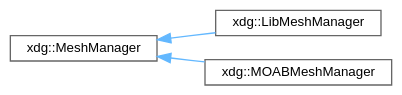
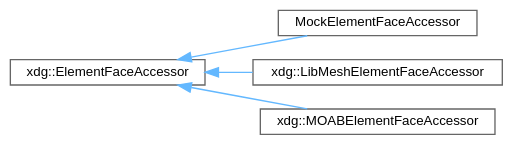
One commit to xdg-org/xdg changed the diagram in inherit_graph_8.dot. Above: the diagram before and after it, drawn with Graphviz. The commit also changed 83 other files, not shown here.

```diff
--- a/inherit_graph_8.dot
+++ b/inherit_graph_8.dot
@@ -1,13 +1,15 @@
 digraph "Graphical Class Hierarchy"
 {
  // LATEX_PDF_SIZE
   bgcolor="transparent";
   edge [fontname=Helvetica,fontsize=10,labelfontname=Helvetica,labelfontsize=10];
   node [fontname=Helvetica,fontsize=10,shape=box,height=0.2,width=0.4];
   rankdir="LR";
-  Node0 [id="Node000000",label="xdg::MeshManager",height=0.2,width=0.4,color="grey40", fillcolor="white", style="filled",URL="$classxdg_1_1MeshManager.html",tooltip=" "];
+  Node0 [id="Node000000",label="xdg::ElementFaceAccessor",height=0.2,width=0.4,color="grey40", fillcolor="white", style="filled",URL="$structxdg_1_1ElementFaceAccessor.html",tooltip="Class to provide access to face vertices of mesh elements."];
   Node0 -> Node1 [id="edge7_Node000000_Node000001",dir="back",color="steelblue1",style="solid",tooltip=" "];
-  Node1 [id="Node000001",label="xdg::LibMeshManager",height=0.2,width=0.4,color="grey40", fillcolor="white", style="filled",URL="$classxdg_1_1LibMeshManager.html",tooltip=" "];
+  Node1 [id="Node000001",label="MockElementFaceAccessor",height=0.2,width=0.4,color="grey40", fillcolor="white", style="filled",URL="$structMockElementFaceAccessor.html",tooltip=" "];
   Node0 -> Node2 [id="edge8_Node000000_Node000002",dir="back",color="steelblue1",style="solid",tooltip=" "];
-  Node2 [id="Node000002",label="xdg::MOABMeshManager",height=0.2,width=0.4,color="grey40", fillcolor="white", style="filled",URL="$classxdg_1_1MOABMeshManager.html",tooltip=" "];
+  Node2 [id="Node000002",label="xdg::LibMeshElementFaceAccessor",height=0.2,width=0.4,color="grey40", fillcolor="white", style="filled",URL="$structxdg_1_1LibMeshElementFaceAccessor.html",tooltip=" "];
+  Node0 -> Node3 [id="edge9_Node000000_Node000003",dir="back",color="steelblue1",style="solid",tooltip=" "];
+  Node3 [id="Node000003",label="xdg::MOABElementFaceAccessor",height=0.2,width=0.4,color="grey40", fillcolor="white", style="filled",URL="$structxdg_1_1MOABElementFaceAccessor.html",tooltip=" "];
 }
```
